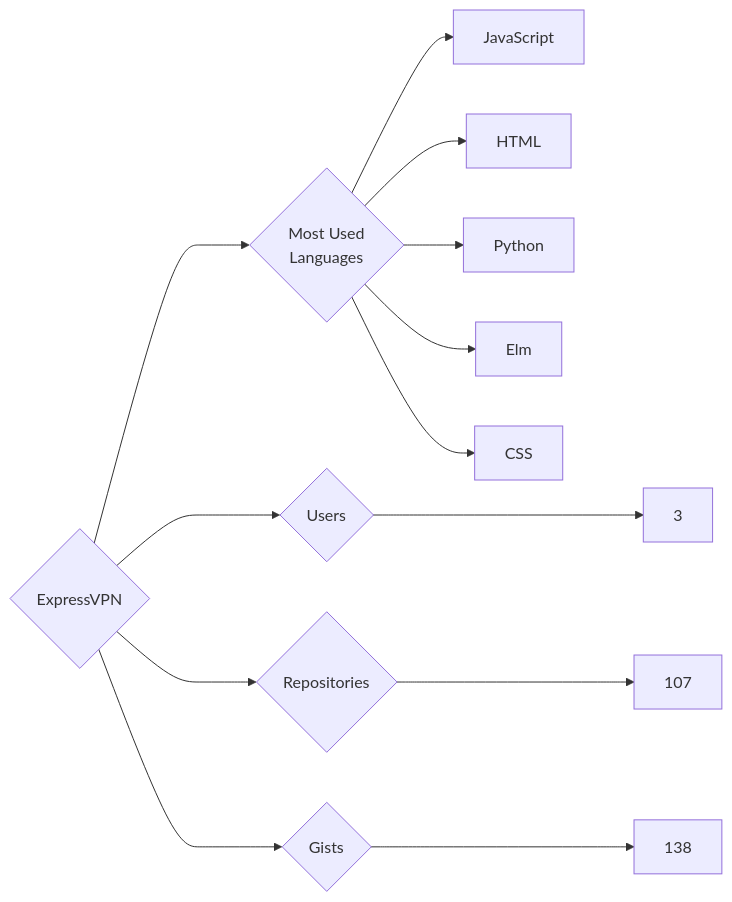
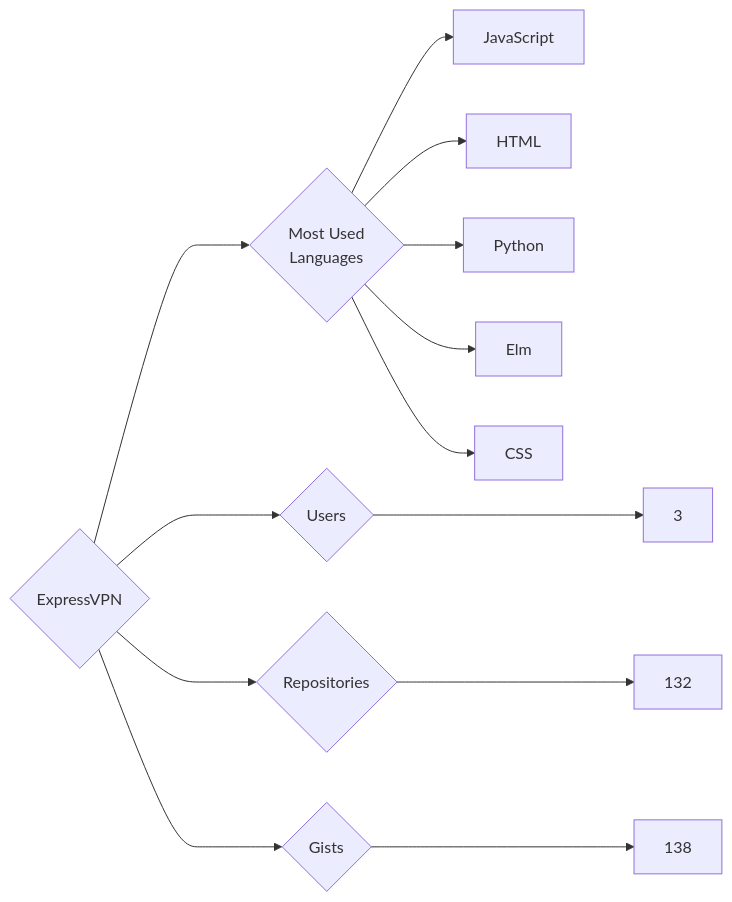
Before and after one commit to trickest/insiders: the diagram in targets/ExpressVPN/README.md, drawn with Mermaid. The commit also changed 1036 other files, not shown here.

````diff
--- a/targets/ExpressVPN/README.md
+++ b/targets/ExpressVPN/README.md
@@ -3,13 +3,13 @@
 ```mermaid
 graph LR
 COMPANY_NAME{ExpressVPN}
 COMPANY_NAME ---> U{Users} ---> UN[3]
-COMPANY_NAME ---> R{Repositories} ---> RN[107]
+COMPANY_NAME ---> R{Repositories} ---> RN[132]
 COMPANY_NAME ---> G{Gists} ---> GN[138]
 COMPANY_NAME ---> ML{Most Used<br>Languages}
 ML --> JavaScript[JavaScript]
 ML --> HTML[HTML]
 ML --> Python[Python]
 ML --> Elm[Elm]
 ML --> CSS[CSS]
 ```
````
